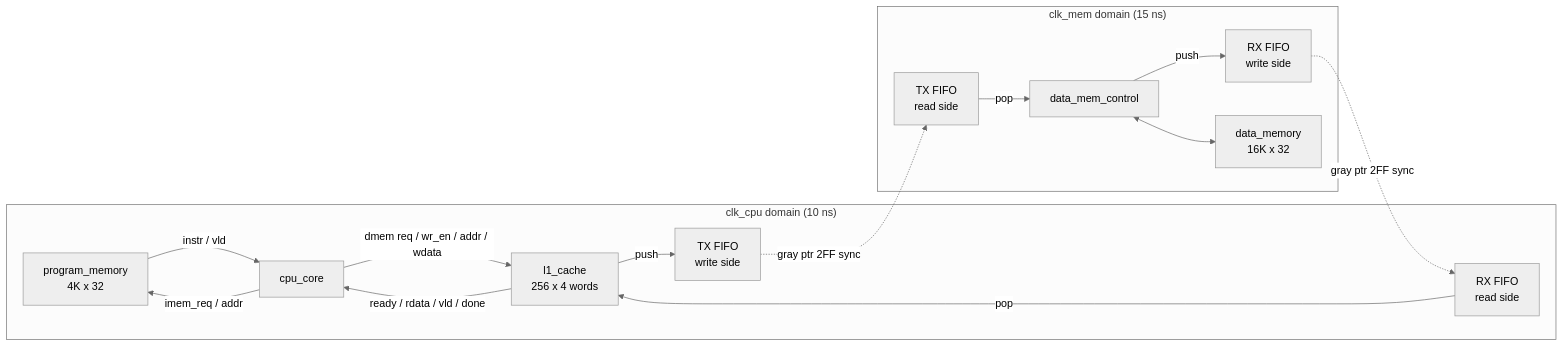
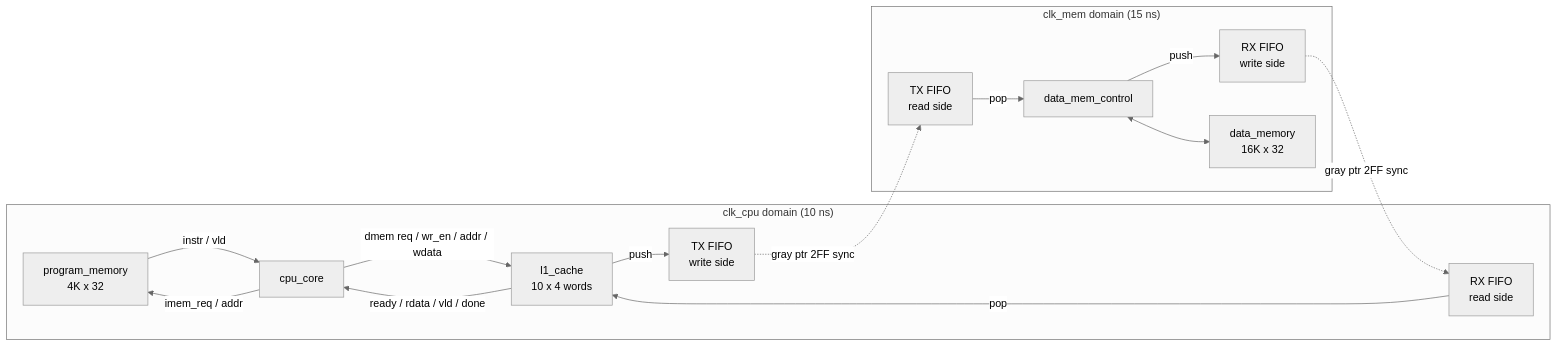
One commit to Nerdynuclie/CPU_LITE changed the first of 2 diagrams in README.md. Above: the diagram before and after it, drawn with Mermaid (neutral theme). The commit also changed other lines of this file and 20 other files, not shown here.

Commit message:
Update README.md to reflect changes in CPU architecture, including implementation of all opcodes, adjustments to L1 cache specifications, and addition of return stack functionality. Clarified instruction behavior for CALL and RET operations, and updated memory organization details.

````diff
--- a/README.md
+++ b/README.md
@@ -33,27 +33,27 @@
 ```mermaid
 flowchart LR
     subgraph CPU_DOMAIN["clk_cpu domain (10 ns)"]
         PM["program_memory<br/>4K x 32"]
         CORE["cpu_core"]
-        L1["l1_cache<br/>256 x 4 words"]
+        L1["l1_cache<br/>10 x 4 words"]
         TXW["TX FIFO<br/>write side"]
         RXR["RX FIFO<br/>read side"]
     end
     subgraph MEM_DOMAIN["clk_mem domain (15 ns)"]
         TXR["TX FIFO<br/>read side"]
         RXW["RX FIFO<br/>write side"]
         MC["data_mem_control"]
         DM["data_memory<br/>16K x 32"]
     end
     CORE -- "imem_req / addr" --> PM
     PM -- "instr / vld" --> CORE
     CORE -- "dmem req / wr_en / addr / wdata" --> L1
     L1 -- "ready / rdata / vld / done" --> CORE
     L1 -- push --> TXW
     TXW -. "gray ptr 2FF sync" .-> TXR
     TXR -- pop --> MC
     MC -- push --> RXW
     RXW -. "gray ptr 2FF sync" .-> RXR
     RXR -- pop --> L1
     MC <--> DM
 ```
````
